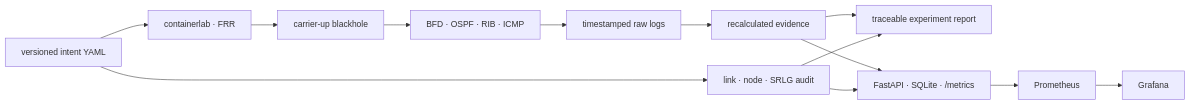
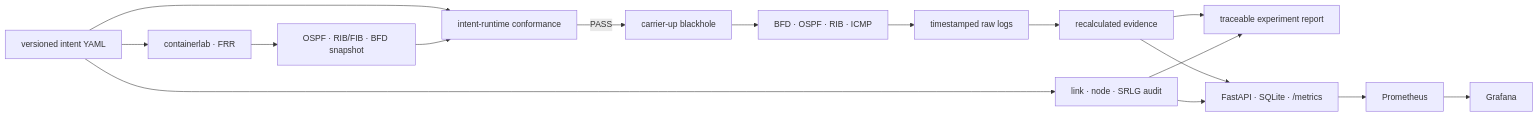
Before and after one commit to teriyakki-jin/telconet-sentinel: the diagram in README.md, drawn with Mermaid. The commit also changed other lines of this file and 10 other files, not shown here.

Commit message:
feat: gate experiments on runtime conformance (#38)

````diff
--- a/README.md
+++ b/README.md
@@ -204,15 +206,18 @@
 ```mermaid
 flowchart LR
     INTENT["versioned intent YAML"] --> LAB["containerlab · FRR"]
     INTENT --> AUDIT["link · node · SRLG audit"]
-    LAB --> FAULT["carrier-up blackhole"]
+    INTENT --> PREFLIGHT["intent-runtime conformance"]
+    LAB --> SNAPSHOT["OSPF · RIB/FIB · BFD snapshot"]
+    SNAPSHOT --> PREFLIGHT
+    PREFLIGHT -->|PASS| FAULT["carrier-up blackhole"]
     FAULT --> OBSERVE["BFD · OSPF · RIB · ICMP"]
     OBSERVE --> RAW["timestamped raw logs"]
     RAW --> EVIDENCE["recalculated evidence"]
     EVIDENCE --> REPORT["traceable experiment report"]
     EVIDENCE --> API["FastAPI · SQLite · /metrics"]
     AUDIT --> REPORT
     AUDIT --> API
     API --> PROM["Prometheus"]
     PROM --> GRAFANA["Grafana"]
 ```
````
